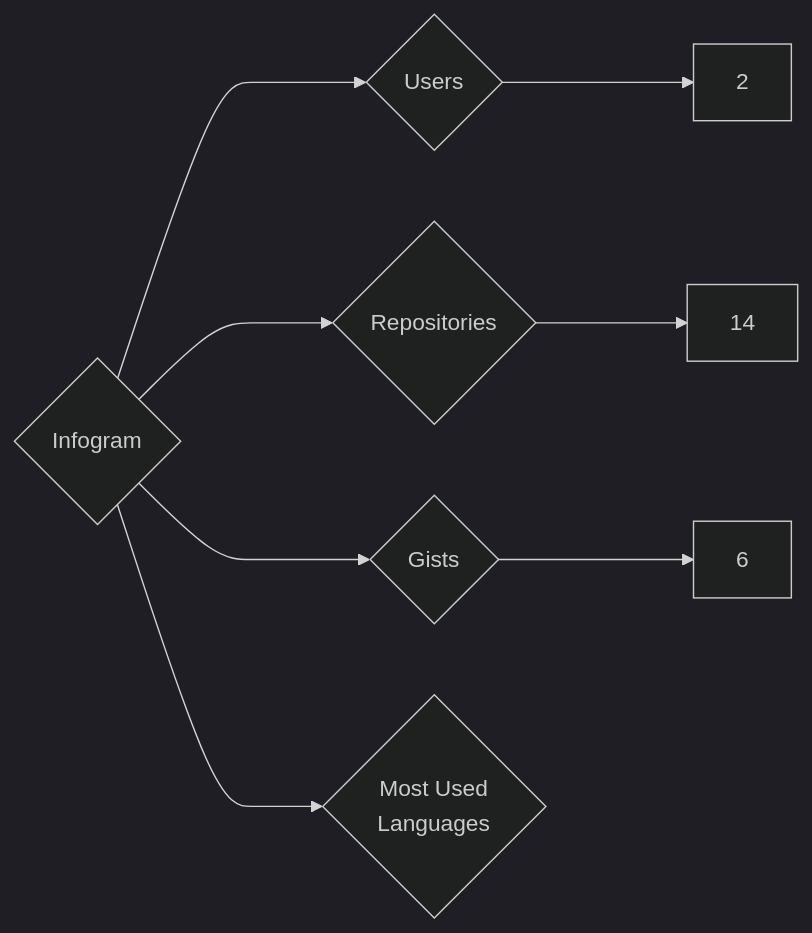
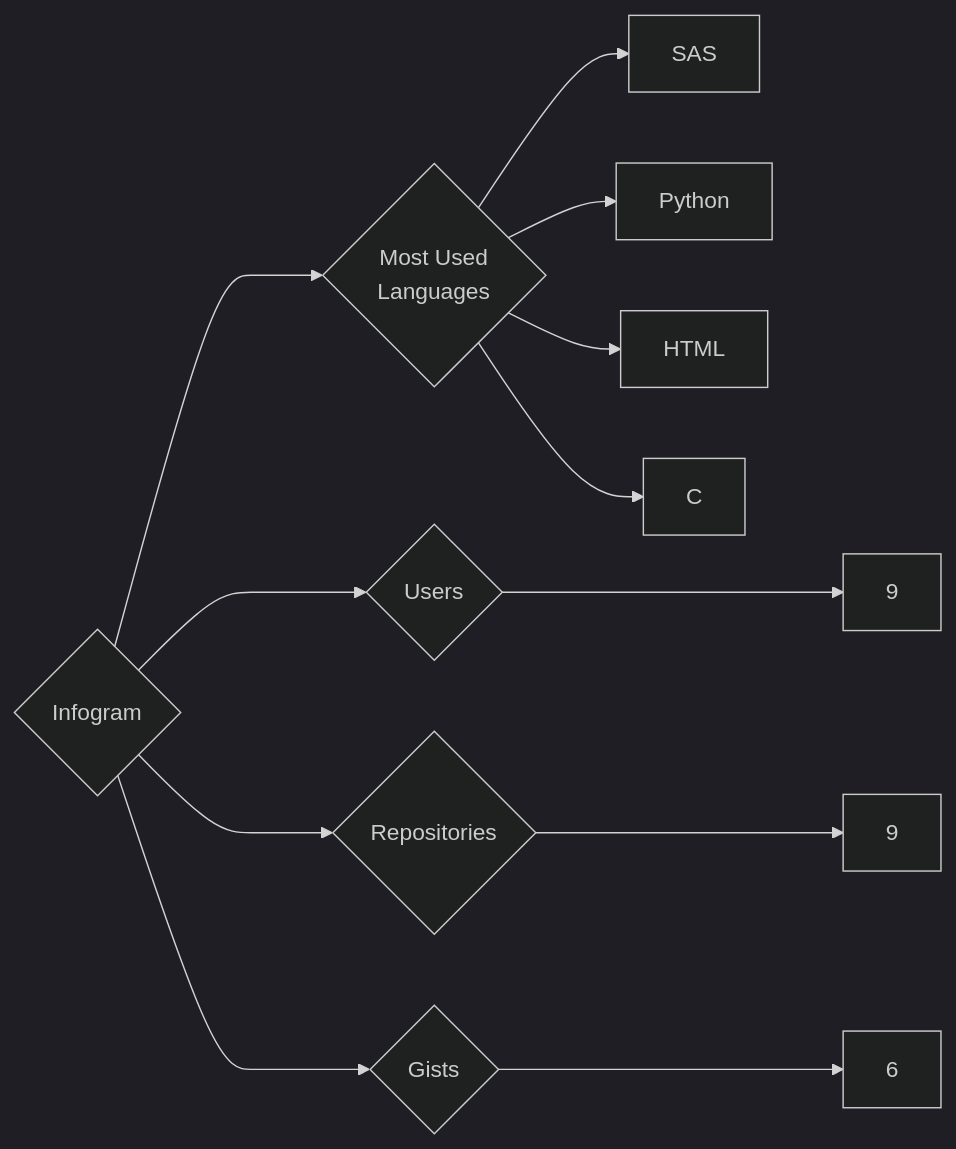
The diagram in targets/Infogram/README.md (trickest/insiders), drawn with Mermaid (dark theme) before and after one commit. The commit also changed 1175 other files, not shown here.

````diff
--- a/targets/Infogram/README.md
+++ b/targets/Infogram/README.md
@@ -3,8 +3,12 @@
 ```mermaid
 graph LR
 COMPANY_NAME{Infogram}
-COMPANY_NAME ---> U{Users} ---> UN[2]
-COMPANY_NAME ---> R{Repositories} ---> RN[14]
+COMPANY_NAME ---> U{Users} ---> UN[9]
+COMPANY_NAME ---> R{Repositories} ---> RN[9]
 COMPANY_NAME ---> G{Gists} ---> GN[6]
 COMPANY_NAME ---> ML{Most Used<br>Languages}
+ML --> SAS[SAS]
+ML --> Python[Python]
+ML --> HTML[HTML]
+ML --> C[C]
 ```
````
